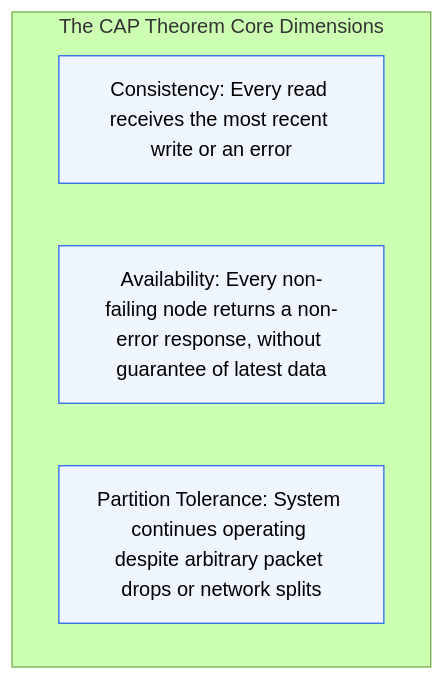
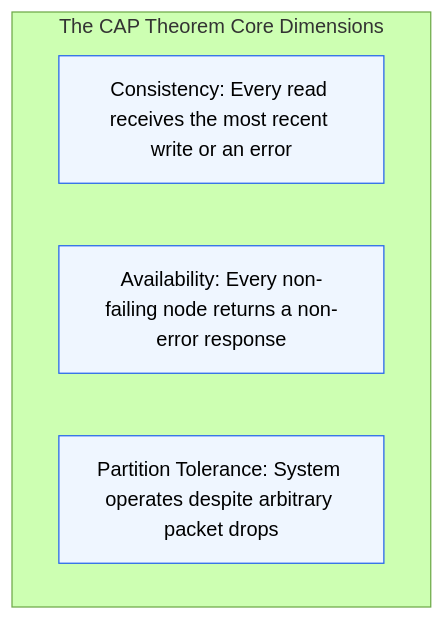
The first of 4 diagrams in 02-data-architecture/03-cap-pacelc-theorems.md (kvai9826/system-design-for-program-managers), drawn with Mermaid (forest theme) before and after one commit. The commit also changed other lines of this file and 30 other files, not shown here.

````diff
--- a/02-data-architecture/03-cap-pacelc-theorems.md
+++ b/02-data-architecture/03-cap-pacelc-theorems.md
@@ -11,11 +15,11 @@
 ```mermaid
 flowchart TD
     subgraph CAP [The CAP Theorem Core Dimensions]
         C[Consistency: Every read receives the most recent write or an error]
-        A[Availability: Every non-failing node returns a non-error response, without guarantee of latest data]
-        P[Partition Tolerance: System continues operating despite arbitrary packet drops or network splits]
+        A[Availability: Every non-failing node returns a non-error response]
+        P[Partition Tolerance: System operates despite arbitrary packet drops]
     end
 
     classDef capStyle fill:#eff6ff,stroke:#2563eb,stroke-width:1px;
     class C,A,P capStyle;
 ```
````
